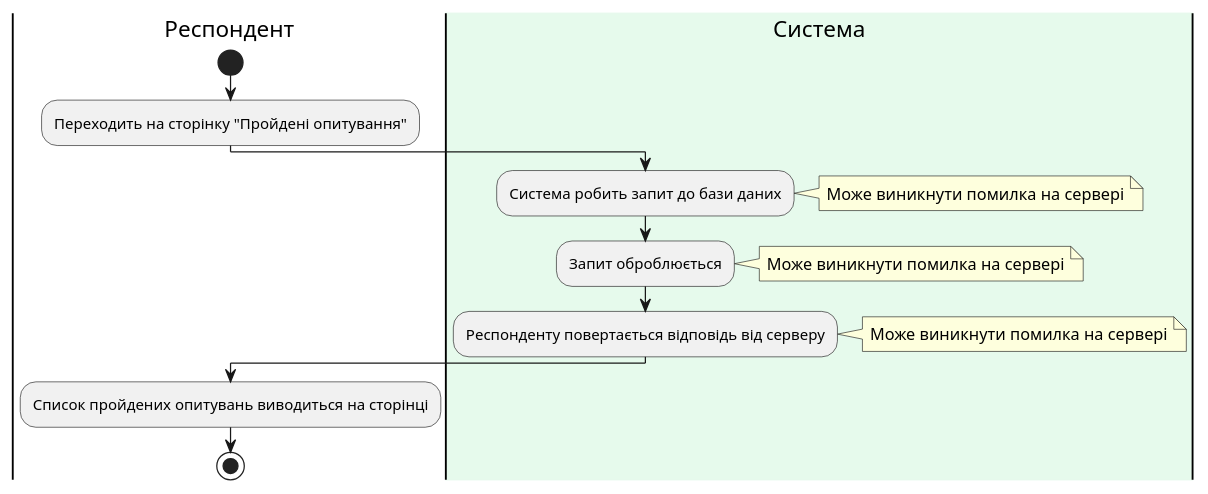
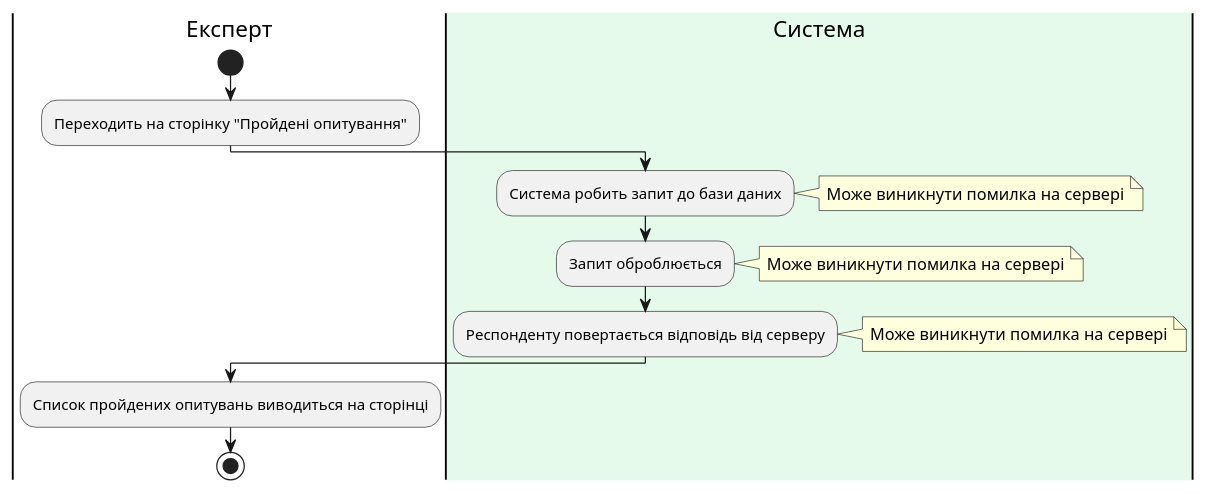
One commit to generalmaks/db_labs changed the diagram in docs/use_cases.md. Above: the diagram before and after it, drawn with PlantUML. The commit also changed other lines of this file, not shown here.

Commit message:
Update diagram

````diff
--- a/docs/use_cases.md
+++ b/docs/use_cases.md
@@ -13,23 +13,23 @@
 ```plantuml
 @startuml
-|Респондент|
+|Експерт|
 start
 :Переходить на сторінку "Пройдені опитування";
 |#e6faec|Система|
 :Система робить запит до бази даних;
 note right
 Може виникнути помилка на сервері
 end note
 :Запит оброблюється;
 note right
 Може виникнути помилка на сервері
 end note
 :Респонденту повертається відповідь від серверу;
 note right
 Може виникнути помилка на сервері
 end note
-|Респондент|
+|Експерт|
 :Список пройдених опитувань виводиться на сторінці;
 stop
 @enduml
 ```
````
